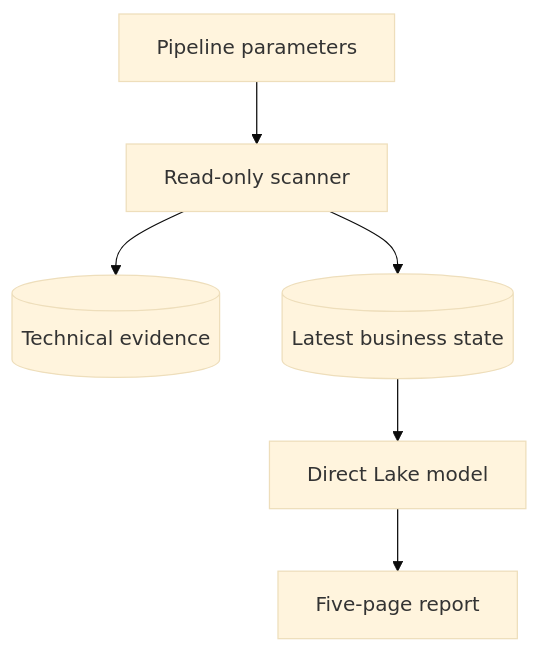
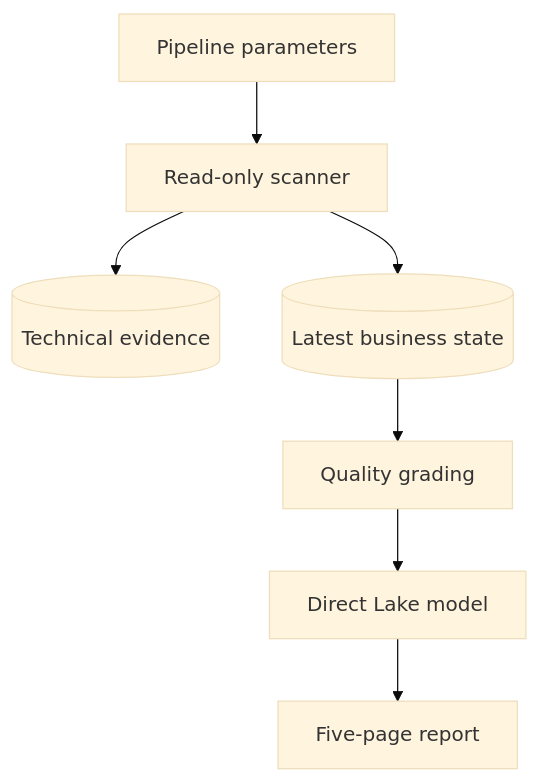
The first of 2 diagrams in docs/architecture.md (ZeonZheng/fabric-semantic-model-optimization), drawn with Mermaid (base theme) before and after one commit. The commit also changed other lines of this file and 24 other files, not shown here.

Commit message:
Add M6.5.1 recommendation quality grading

````diff
--- a/docs/architecture.md
+++ b/docs/architecture.md
@@ -17,8 +18,9 @@
 ```mermaid
 flowchart TD
     A[Pipeline parameters] --> B[Read-only scanner]
     B --> C[(Technical evidence)]
     B --> D[(Latest business state)]
-    D --> E[Direct Lake model]
+    D --> Q[Quality grading]
+    Q --> E[Direct Lake model]
     E --> F[Five-page report]
 ```
````
